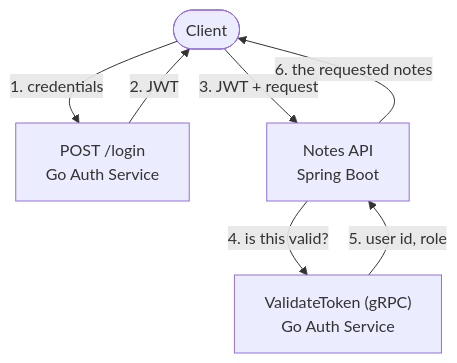
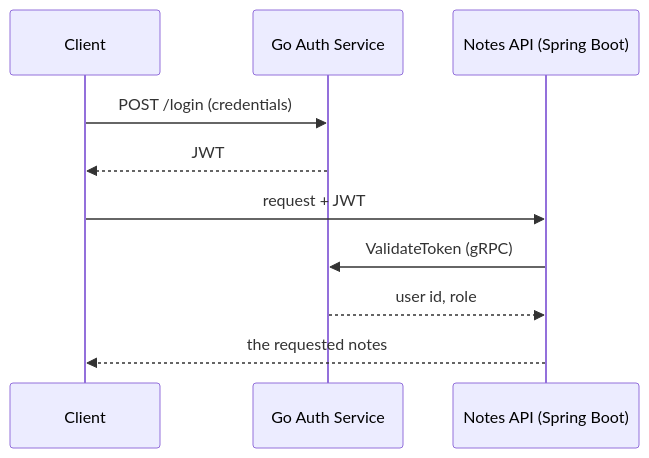
One commit to AshrafAhmed9/go-auth-service changed the diagram in README.md. Above: the diagram before and after it, drawn with Mermaid.

Commit message:
Fix overlapping labels in the README diagram: sequence diagram instead of a looping flowchart

````diff
--- a/README.md
+++ b/README.md
@@ -34,14 +34,13 @@
 ```mermaid
-flowchart TB
-    Client(["Client"])
-    Login["POST /login\nGo Auth Service"]
-    Notes["Notes API\nSpring Boot"]
-    Validate["ValidateToken (gRPC)\nGo Auth Service"]
+sequenceDiagram
+    participant Client
+    participant Go as Go Auth Service
+    participant Java as Notes API (Spring Boot)
 
-    Client -- "1. credentials" --> Login
-    Login -- "2. JWT" --> Client
-    Client -- "3. JWT + request" --> Notes
-    Notes -- "4. is this valid?" --> Validate
-    Validate -- "5. user id, role" --> Notes
-    Notes -- "6. the requested notes" --> Client
+    Client->>Go: POST /login (credentials)
+    Go-->>Client: JWT
+    Client->>Java: request + JWT
+    Java->>Go: ValidateToken (gRPC)
+    Go-->>Java: user id, role
+    Java-->>Client: the requested notes
 ```
````
